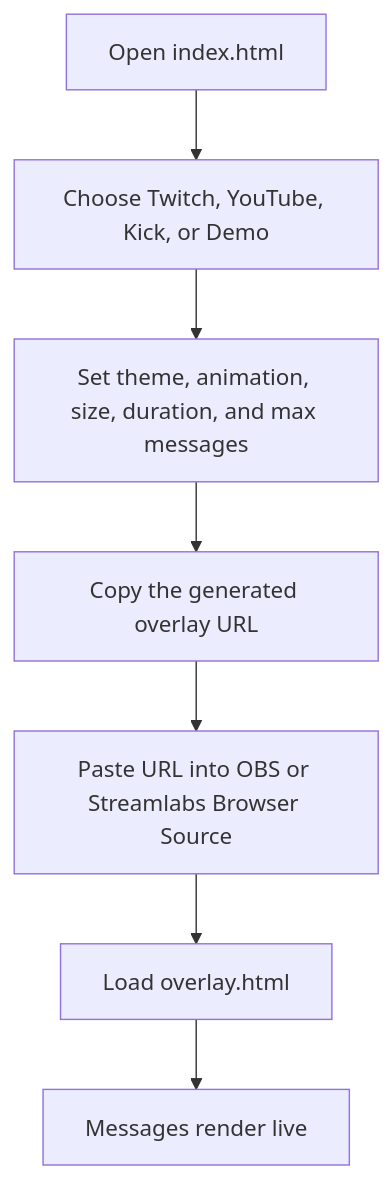
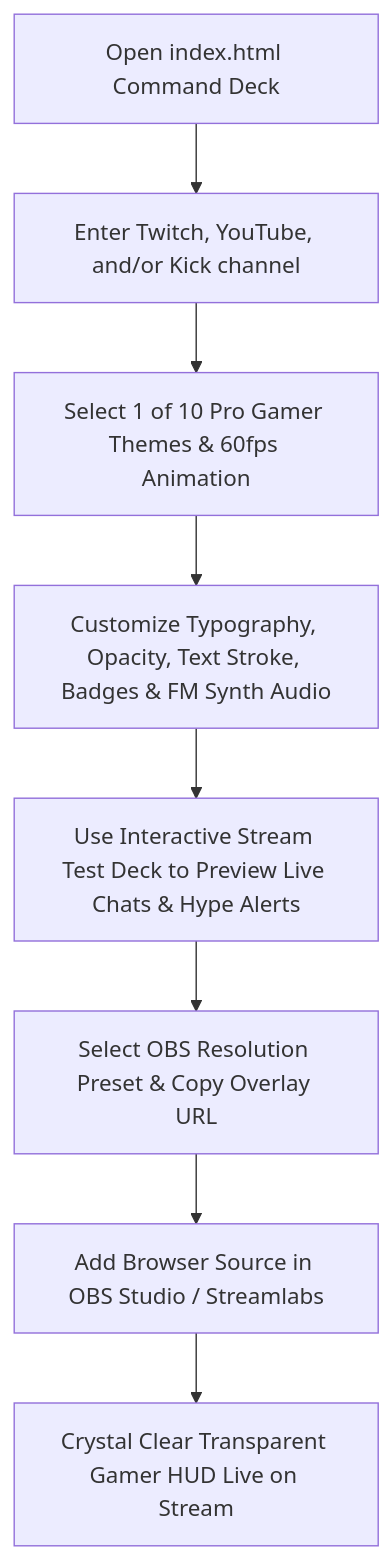
The first of 2 diagrams in HOW_TO_USE.mmd (GamingOP69/Chat-overlay), drawn with Mermaid before and after one commit. The commit also changed other lines of this file and 3 other files, not shown here.

````diff
--- a/HOW_TO_USE.mmd
+++ b/HOW_TO_USE.mmd
@@ -3,9 +3,10 @@
 ```mermaid
 flowchart TD
-  A[Open index.html] --> B[Choose Twitch, YouTube, Kick, or Demo]
-  B --> C[Set theme, animation, size, duration, and max messages]
-  C --> D[Copy the generated overlay URL]
-  D --> E[Paste URL into OBS or Streamlabs Browser Source]
-  E --> F[Load overlay.html]
-  F --> G[Messages render live]
+  A[Open index.html Command Deck] --> B[Enter Twitch, YouTube, and/or Kick channel]
+  B --> C[Select 1 of 10 Pro Gamer Themes & 60fps Animation]
+  C --> D[Customize Typography, Opacity, Text Stroke, Badges & FM Synth Audio]
+  D --> E[Use Interactive Stream Test Deck to Preview Live Chats & Hype Alerts]
+  E --> F[Select OBS Resolution Preset & Copy Overlay URL]
+  F --> G[Add Browser Source in OBS Studio / Streamlabs]
+  G --> H[Crystal Clear Transparent Gamer HUD Live on Stream]
 ```
````
